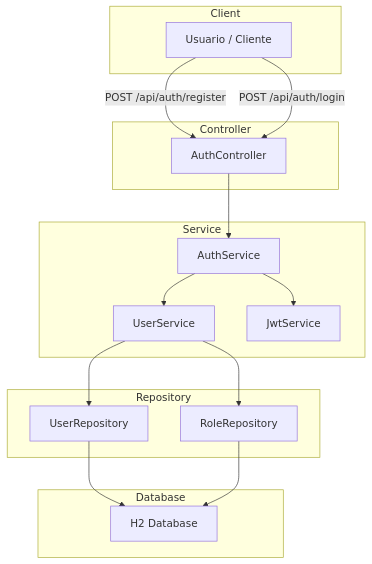
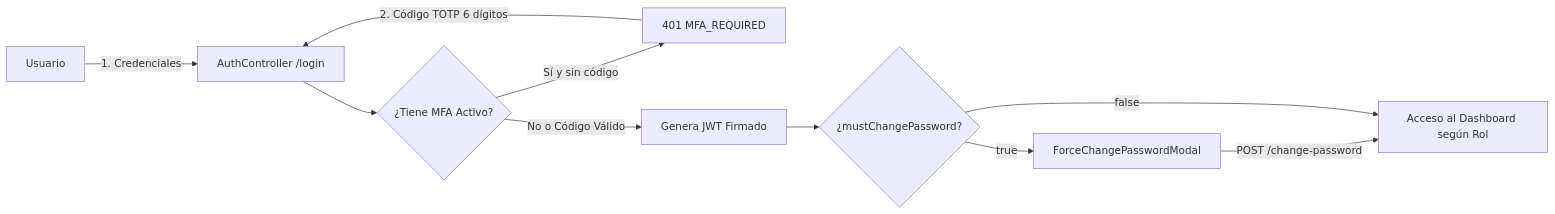
One commit to S1ddh4rth4/app-fisio changed the second of 3 diagrams in README.md. Above: the diagram before and after it, drawn with Mermaid. The commit also changed other lines of this file, not shown here.

Commit message:
docs: actualizar README con arquitectura full-stack, diagramas y bitacora de ingenieria

````diff
--- a/README.md
+++ b/README.md
@@ -103,35 +101,12 @@
 ```mermaid
-flowchart TB
-    subgraph Client
-        A[Usuario / Cliente]
-    end
-
-    subgraph Controller
-        B[AuthController]
-    end
-
-    subgraph Service
-        C[AuthService]
-        D[UserService]
-        E[JwtService]
-    end
-
-    subgraph Repository
-        F[UserRepository]
-        G[RoleRepository]
-    end
-
-    subgraph Database
-        H[H2 Database]
-    end
-
-    A -->|POST /api/auth/register| B
-    A -->|POST /api/auth/login| B
-    B --> C
-    C --> D
-    C --> E
-    D --> F
-    D --> G
-    F --> H
-    G --> H
+flowchart LR
+    A[Usuario] -->|1. Credenciales| B[AuthController /login]
+    B --> C{¿Tiene MFA Activo?}
+    C -->|Sí y sin código| D[401 MFA_REQUIRED]
+    D -->|2. Código TOTP 6 dígitos| B
+    C -->|No o Código Válido| E[Genera JWT Firmado]
+    E --> F{¿mustChangePassword?}
+    F -->|true| G[ForceChangePasswordModal]
+    G -->|POST /change-password| H[Acceso al Dashboard según Rol]
+    F -->|false| H
 ```
````
